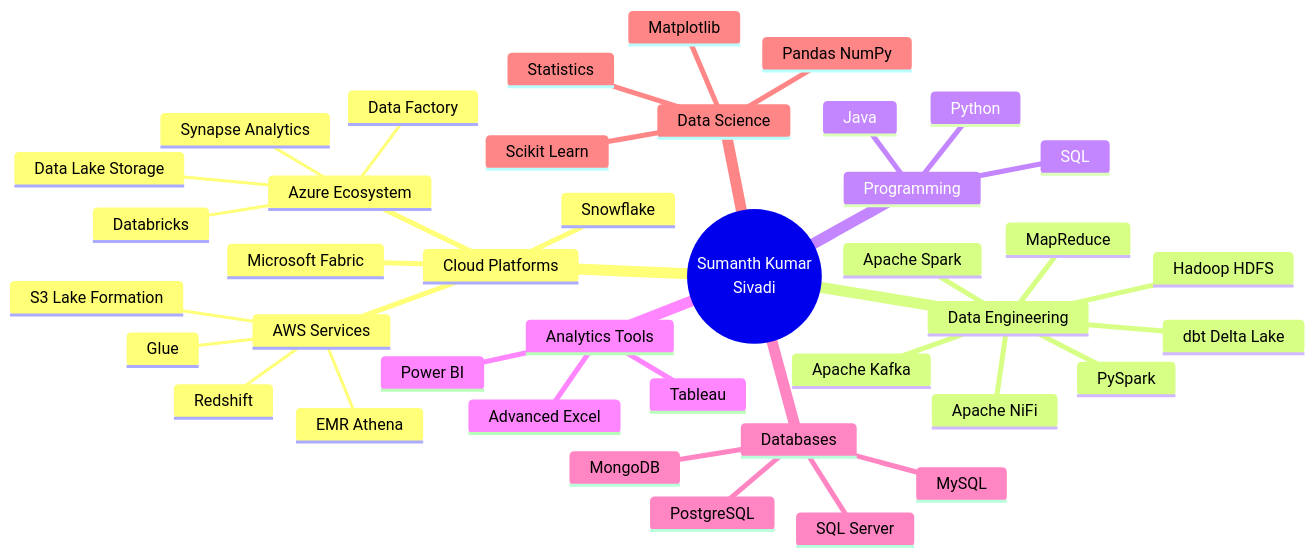
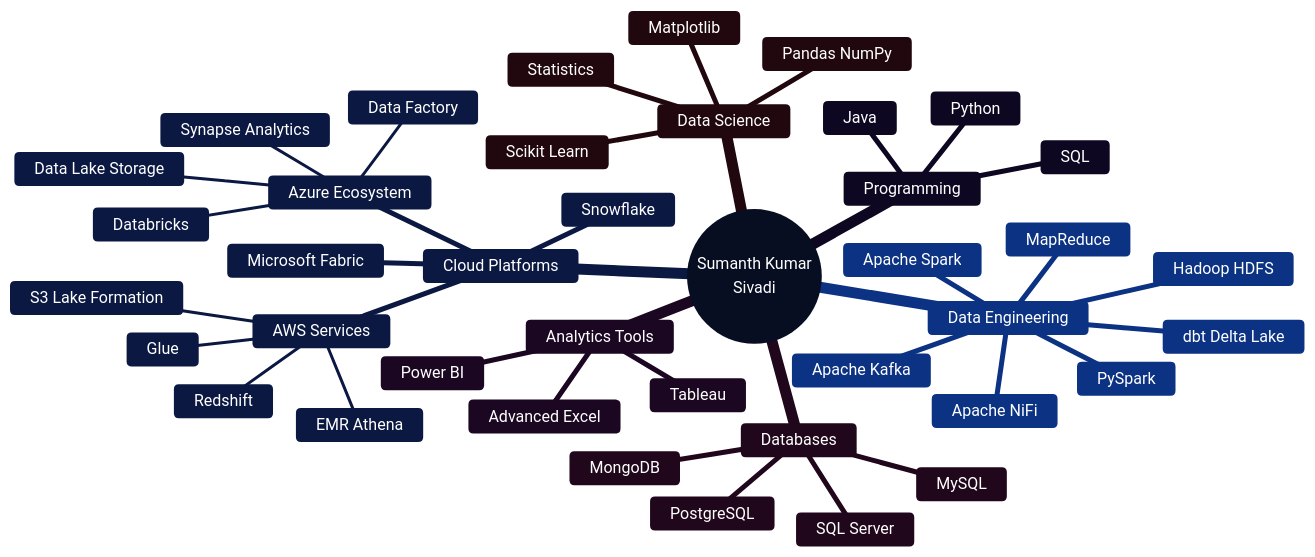
The third of 3 diagrams in README.md (SumanthKumar00/SumanthKumar00), drawn with Mermaid before and after one commit. The commit also changed other lines of this file, not shown here.

````diff
--- a/README.md
+++ b/README.md
@@ -178,43 +178,44 @@
 ```mermaid
+%%{init: {'theme': 'base', 'themeVariables': { 'primaryColor': '#1e3a8a', 'primaryTextColor': '#ffffff', 'primaryBorderColor': '#3b82f6', 'lineColor': '#60a5fa', 'secondaryColor': '#1e40af', 'tertiaryColor': '#2563eb', 'background': '#0f172a', 'mainBkg': '#1e3a8a', 'secondBkg': '#1e40af', 'nodeBorder': '#3b82f6', 'clusterBkg': '#1e3a8a', 'titleColor': '#ffffff', 'edgeLabelBackground': '#1e3a8a'}}}%%
 mindmap
   root((Sumanth Kumar<br/>Sivadi))
     Cloud Platforms
       Azure Ecosystem
         Data Factory
         Synapse Analytics
         Databricks
         Data Lake Storage
       AWS Services
         Glue
         Redshift
         S3 Lake Formation
         EMR Athena
       Snowflake
       Microsoft Fabric
     Data Engineering
       Apache Spark
       PySpark
       Hadoop HDFS
       MapReduce
       Apache Kafka
       Apache NiFi
       dbt Delta Lake
     Programming
       Python
       SQL
       Java
     Analytics Tools
       Tableau
       Power BI
       Advanced Excel
     Databases
       SQL Server
       PostgreSQL
       MySQL
       MongoDB
     Data Science
       Pandas NumPy
       Scikit Learn
       Matplotlib
       Statistics
 ```
````
